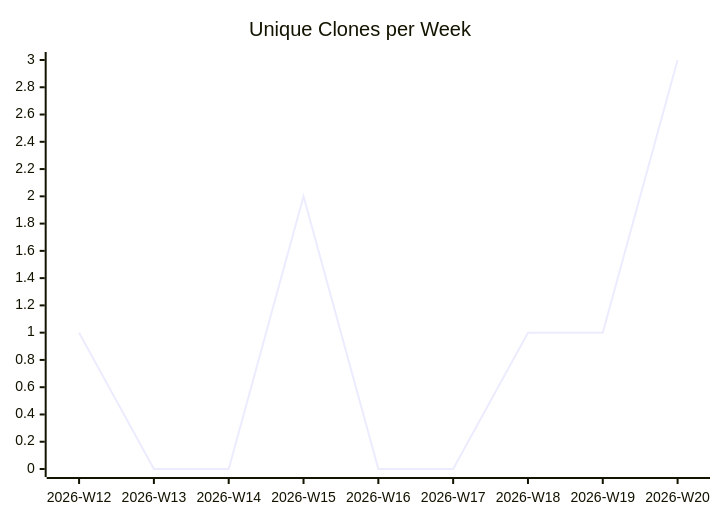
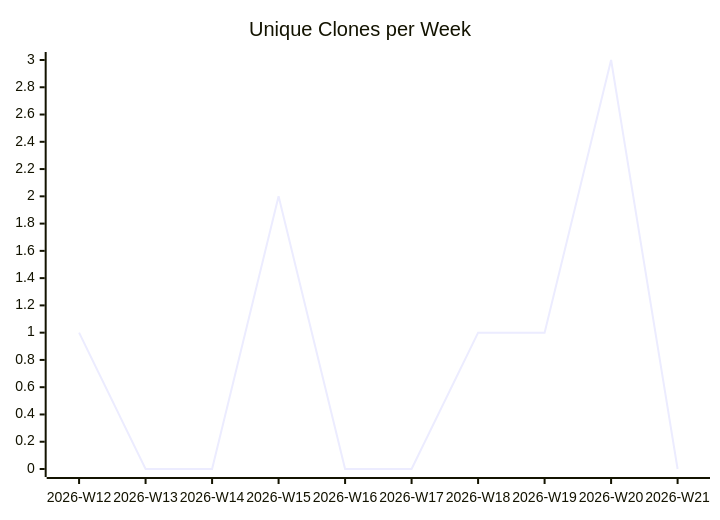
One commit to justdavis-family/github-analytics-data changed the third of 3 diagrams in karlmdavis/liquibase/README.md. Above: the diagram before and after it, drawn with Mermaid. The commit also changed other lines of this file and 189 other files, not shown here.

````diff
--- a/karlmdavis/liquibase/README.md
+++ b/karlmdavis/liquibase/README.md
@@ -19,6 +19,6 @@
 ```mermaid
 xychart-beta
   title "Unique Clones per Week"
-  x-axis ["2026-W12", "2026-W13", "2026-W14", "2026-W15", "2026-W16", "2026-W17", "2026-W18", "2026-W19", "2026-W20"]
-  line [1, 0, 0, 2, 0, 0, 1, 1, 3]
+  x-axis ["2026-W12", "2026-W13", "2026-W14", "2026-W15", "2026-W16", "2026-W17", "2026-W18", "2026-W19", "2026-W20", "2026-W21"]
+  line [1, 0, 0, 2, 0, 0, 1, 1, 3, 0]
 ```
````
